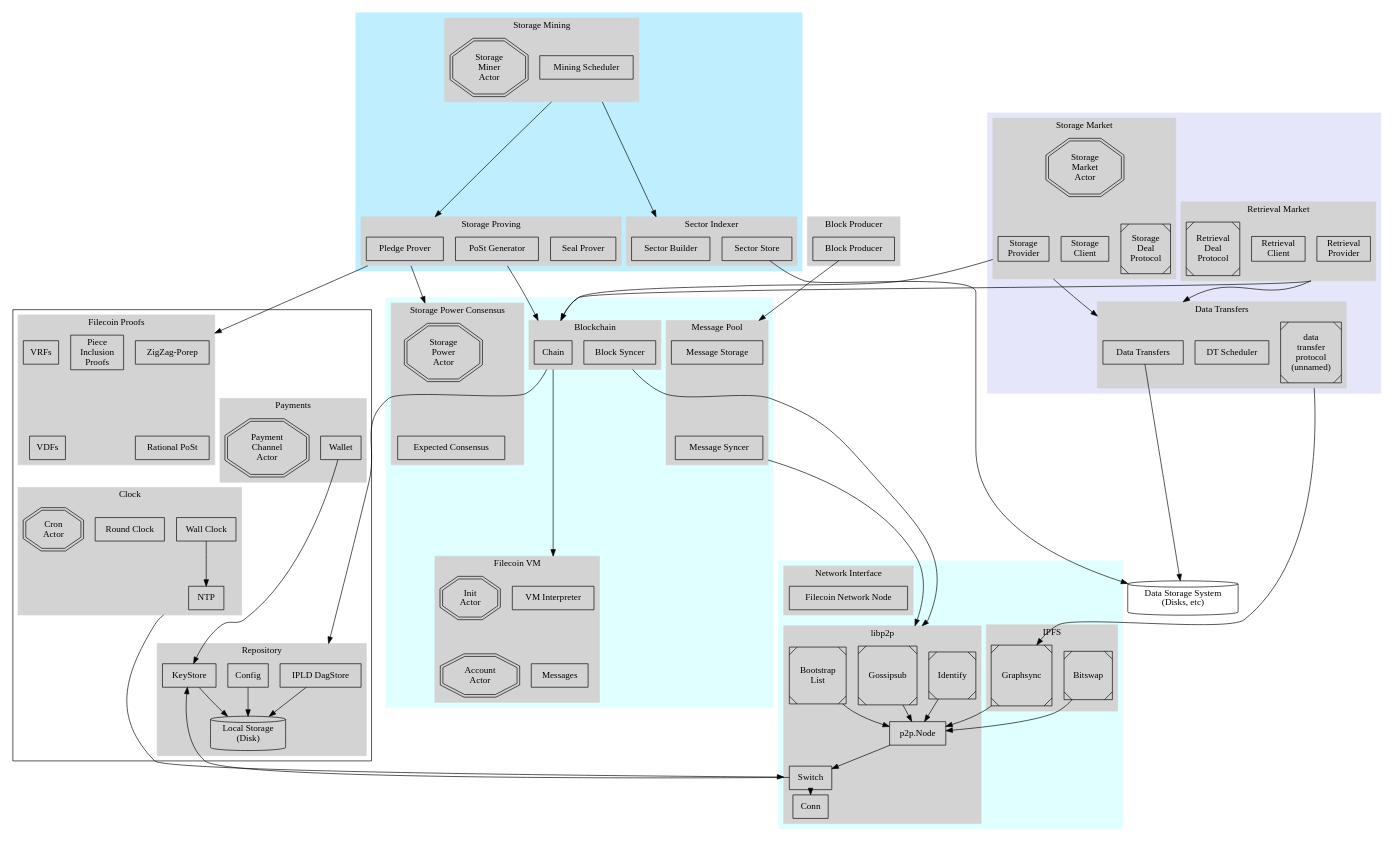
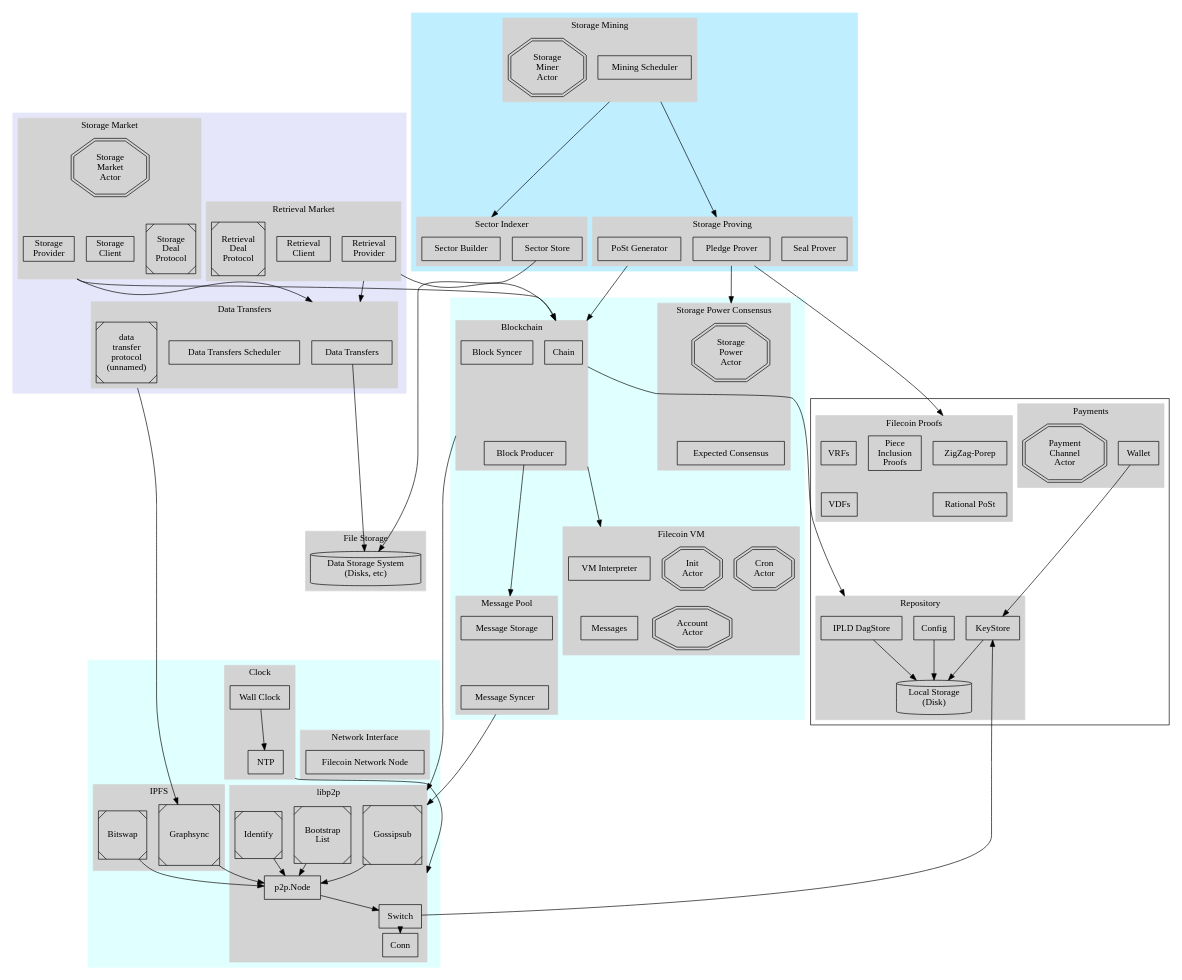
The diagram in diagrams/overview1/overview.dot (filecoin-project/specs), drawn with Graphviz before and after one commit.

Commit message:
update dot file

```diff
--- a/diagrams/overview1/overview.dot
+++ b/diagrams/overview1/overview.dot
@@ -1,17 +1,6 @@
 digraph Filecoin {
   compound=true;
   ranksep=0.01;
-
-  subgraph cluster_block_producer {
-    style=filled
-    color=lightgrey
-    label = "Block Producer"
-
-    { // components
-      node [shape=box]
-      "Block Producer"
-    }
-  }
 
   subgraph cluster_blockchain_subgroup {
     color=lightcyan1
@@ -25,6 +14,7 @@
       { // components
         node [shape=box]
         "Chain"
+        "Block Producer"
         "Block Syncer"
       }
 
@@ -46,6 +36,7 @@
         node [shape=doubleoctagon]
         "Init Actor" [label="Init\nActor"]
         "Account Actor" [label="Account\nActor"]
+        "Cron Actor" [label="Cron\nActor"]
       }
 
       "Init Actor" -> "Account Actor" [style=invis]
@@ -146,15 +137,14 @@
       { // components
         node [shape=box]
         "Data Transfers"
-        "DT Scheduler"
+        "Data Transfers Scheduler"
       }
+      // "Disks" [shape=cylinder, label="Data Storage System\n(Disks, etc)"]
 
       { // libp2p protocols
         node [shape=Msquare]
         "AuthSwap" [label="data\ntransfer\nprotocol\n(unnamed)"]
       }
-
-
     }
   }
 
@@ -188,8 +178,7 @@
         "Sector Store"
         "Sector Builder"
       }
-      // "Disks" [shape=cylinder, label="Data Storage System\n(Disks, etc)"]
-
+      
       // "Sector Store"
       // "Sector Builder"
     }
@@ -213,31 +202,6 @@
   subgraph cluster_systems {
     // color=lavender
     // style=filled
-
-
-    subgraph cluster_clock {
-      style=filled
-      color=lightgrey
-      label = "Clock"
-
-      { // components
-        node [shape=box]
-        "Wall Clock"
-        "NTP"
-        "Round Clock"
-      }
-
-      { // actors
-        node [shape=doubleoctagon]
-        "Cron Actor" [label="Cron\nActor"]
-      }
-
-      { // libp2p protocols
-        node [shape=Msquare]
-        "NTP"
-      }
-      "Wall Clock" -> "NTP"
-    }
 
     subgraph cluster_repository {
       style=filled
@@ -291,7 +255,6 @@
       }
     }
 
-    "NTP" -> "Config" [style=invis]
     "VDFs" -> "Cron Actor" [style=invis]
   }
 
@@ -300,6 +263,25 @@
   subgraph cluster_net {
     color=lightcyan1
     style=filled
+    
+    subgraph cluster_clock {
+      style=filled
+      color=lightgrey
+      label = "Clock"
+
+      { // components
+        node [shape=box]
+        "Wall Clock"
+        "NTP"
+      }
+
+      { // libp2p protocols
+        node [shape=Msquare]
+        "NTP"
+      }
+      "Wall Clock" -> "NTP"
+    }
+
 
     subgraph cluster_network {
       style=filled
@@ -369,8 +351,12 @@
   "Filecoin Network Node" -> "Gossipsub" [style=invis]
 
 
-  "Disk2" [shape=cylinder, label="Data Storage System\n(Disks, etc)"]
-
+  subgraph cluster_libp2p {
+    style=filled
+    color=lightgrey
+    label = "File Storage"
+    "Disk2" [shape=cylinder, label="Data Storage System\n(Disks, etc)"]
+  }
 
   // cross module links
   {
```
